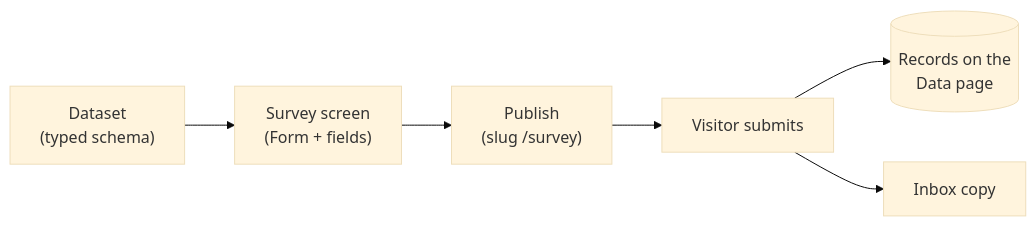
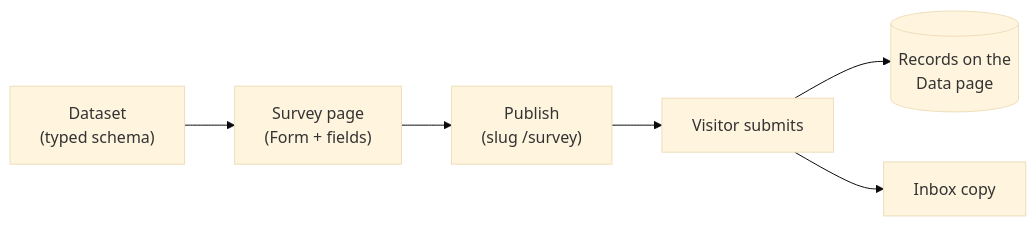
One commit to aglyn/aglyn changed the diagram in apps/docs/docs/guides/build-and-publish-a-survey.md. Above: the diagram before and after it, drawn with Mermaid (base theme). The commit also changed other lines of this file and 319 other files, not shown here.

````diff
--- a/apps/docs/docs/guides/build-and-publish-a-survey.md
+++ b/apps/docs/docs/guides/build-and-publish-a-survey.md
@@ -16,8 +16,8 @@
 ```mermaid
 flowchart LR
-  DS["Dataset<br/>(typed schema)"] --> Screen["Survey screen<br/>(Form + fields)"]
+  DS["Dataset<br/>(typed schema)"] --> Screen["Survey page<br/>(Form + fields)"]
   Screen --> Publish["Publish<br/>(slug /survey)"]
   Publish --> Visitor["Visitor submits"]
   Visitor --> Records[(Records on the<br/>Data page)]
   Visitor --> Inbox["Inbox copy"]
 ```
````
